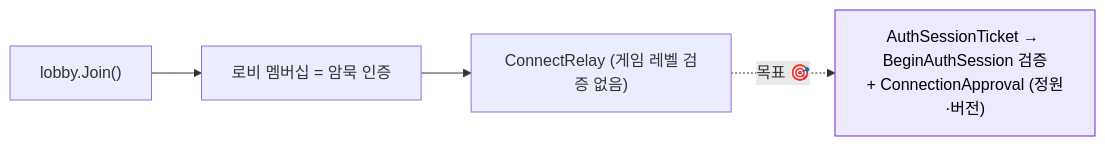
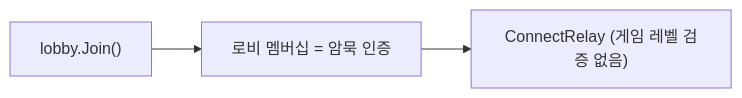
Before and after one commit to Ethaniya0912/pB: the first of 2 diagrams in Docs/game-dev-wiki/04-steam/steamworks-integration.md, drawn with Mermaid. The commit also changed other lines of this file and 7 other files, not shown here.

````diff
--- a/Docs/game-dev-wiki/04-steam/steamworks-integration.md
+++ b/Docs/game-dev-wiki/04-steam/steamworks-integration.md
@@ -21,8 +21,5 @@
 ```mermaid
 flowchart LR
   J["lobby.Join()"] --> M["로비 멤버십 = 암묵 인증"]
   M --> R["ConnectRelay (게임 레벨 검증 없음)"]
-  R -.->|"목표 🎯"| T["AuthSessionTicket → BeginAuthSession 검증<br/>+ ConnectionApproval (정원·버전)"]
-  classDef target fill:#ede9fe,stroke:#6d28d9,color:#000;
-  class T target
 ```
````
